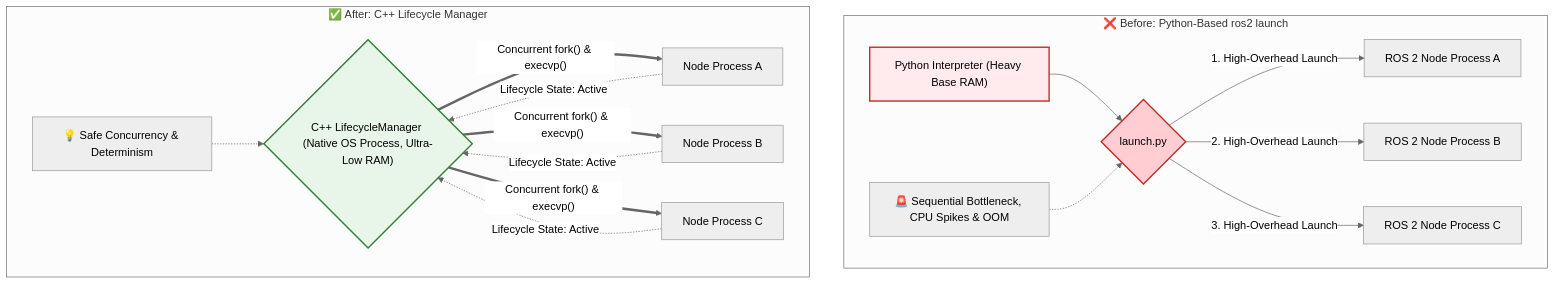
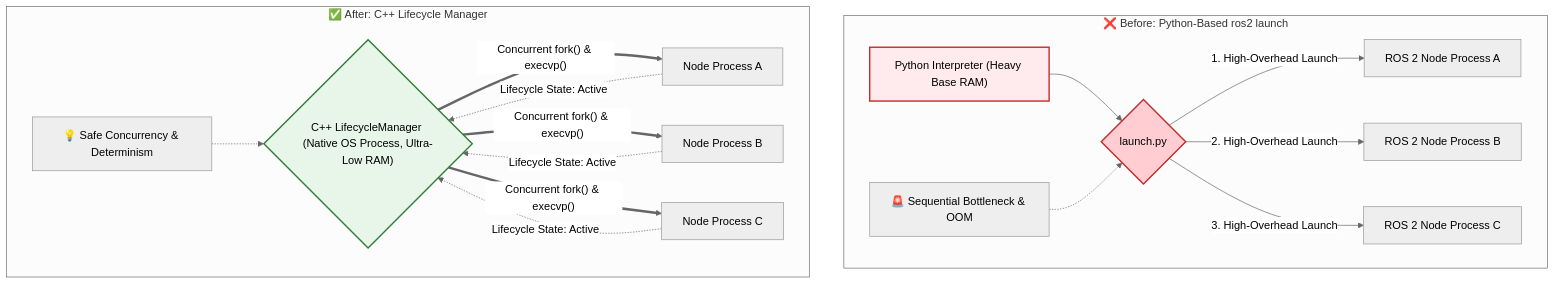
The second of 3 diagrams in README.md (Open-Edge-Robotics/A.RobotAI-LGE-ROS2-LifecycleManager), drawn with Mermaid (neutral theme) before and after one commit. The commit also changed other lines of this file, not shown here.

````diff
--- a/README.md
+++ b/README.md
@@ -179,25 +177,25 @@
 ```mermaid
 flowchart TD
     subgraph Old [❌ Before: Python-Based ros2 launch]
         P_Interpreter["Python Interpreter (Heavy Base RAM)"] --> P_Launch{"launch.py"}
         P_Launch -- "1. High-Overhead Launch" --> P_N1[ROS 2 Node Process A]
         P_Launch -- "2. High-Overhead Launch" --> P_N2[ROS 2 Node Process B]
         P_Launch -- "3. High-Overhead Launch" --> P_N3[ROS 2 Node Process C]
-        P_Note["🚨 Sequential Bottleneck, CPU Spikes & OOM"] -.-> P_Launch
+        P_Note["🚨 Sequential Bottleneck & OOM"] -.-> P_Launch
     end
 
     subgraph New [✅ After: C++ Lifecycle Manager]
         C_Manager{"C++ LifecycleManager (Native OS Process, Ultra-Low RAM)"}
         C_Manager == "Concurrent fork() & execvp()" ==> C_N1[Node Process A]
         C_Manager == "Concurrent fork() & execvp()" ==> C_N2[Node Process B]
         C_Manager == "Concurrent fork() & execvp()" ==> C_N3[Node Process C]
         C_N1 -. "Lifecycle State: Active" .-> C_Manager
         C_N2 -. "Lifecycle State: Active" .-> C_Manager
         C_N3 -. "Lifecycle State: Active" .-> C_Manager
         C_Note["💡 Safe Concurrency & Determinism"] -.-> C_Manager
     end
     
     style P_Interpreter fill:#ffebee,stroke:#c62828,stroke-width:2px
     style P_Launch fill:#ffcdd2,stroke:#c62828,stroke-width:2px
     style C_Manager fill:#e8f5e9,stroke:#2e7d32,stroke-width:2px
 ```
````
